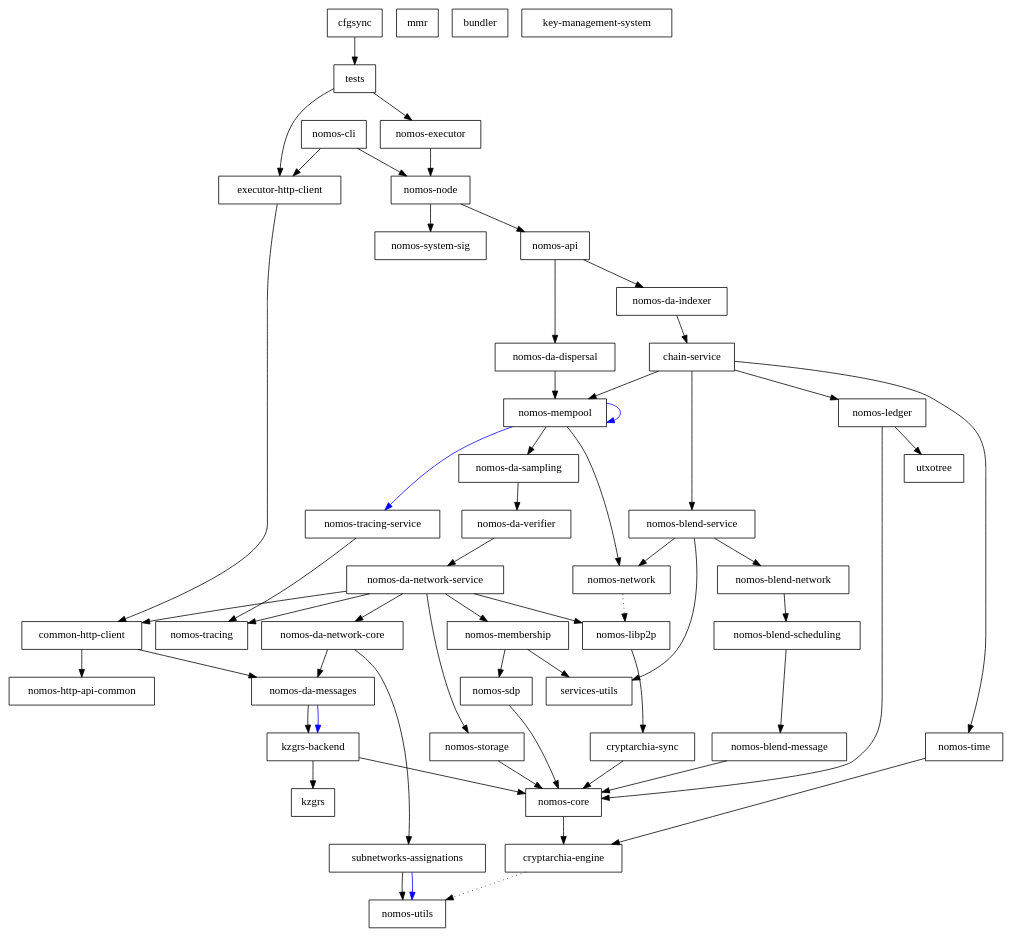
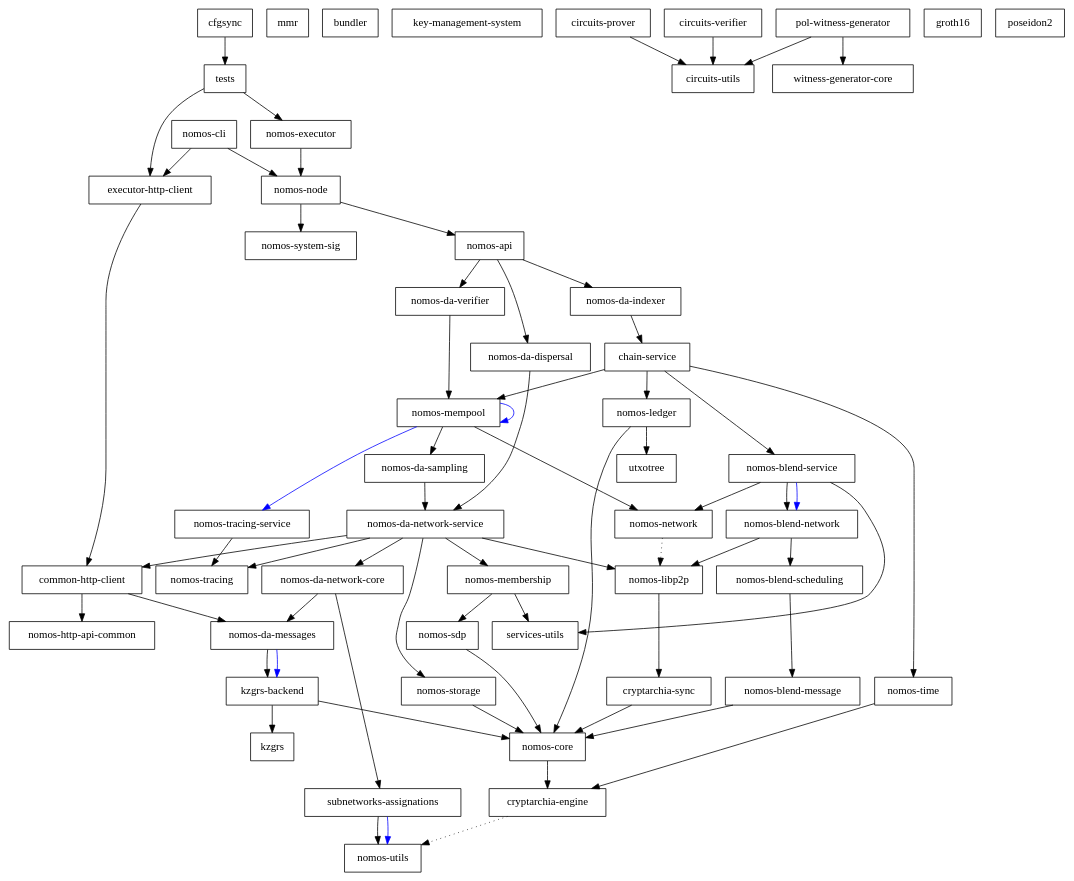
Before and after one commit to logos-co/nomos: the diagram in dependencies_graph.dot, drawn with Graphviz. The commit also changed 2 other files, not shown here.

```diff
--- a/dependencies_graph.dot
+++ b/dependencies_graph.dot
@@ -1,104 +1,118 @@
 digraph {
     0 [ label = "cryptarchia-engine" shape = box]
     1 [ label = "nomos-utils" shape = box]
     2 [ label = "cryptarchia-sync" shape = box]
     3 [ label = "nomos-core" shape = box]
     4 [ label = "nomos-ledger" shape = box]
     5 [ label = "utxotree" shape = box]
     6 [ label = "mmr" shape = box]
     7 [ label = "nomos-http-api-common" shape = box]
     8 [ label = "nomos-executor" shape = box]
     9 [ label = "kzgrs-backend" shape = box]
     10 [ label = "kzgrs" shape = box]
     11 [ label = "nomos-api" shape = box]
     12 [ label = "chain-service" shape = box]
     13 [ label = "nomos-blend-service" shape = box]
     14 [ label = "nomos-blend-message" shape = box]
     15 [ label = "nomos-blend-network" shape = box]
     16 [ label = "nomos-blend-scheduling" shape = box]
     17 [ label = "nomos-libp2p" shape = box]
     18 [ label = "nomos-network" shape = box]
     19 [ label = "services-utils" shape = box]
     20 [ label = "nomos-da-sampling" shape = box]
     21 [ label = "nomos-da-network-core" shape = box]
     22 [ label = "nomos-da-messages" shape = box]
     23 [ label = "subnetworks-assignations" shape = box]
     24 [ label = "nomos-da-network-service" shape = box]
     25 [ label = "common-http-client" shape = box]
     26 [ label = "nomos-membership" shape = box]
     27 [ label = "nomos-sdp" shape = box]
     28 [ label = "nomos-storage" shape = box]
     29 [ label = "nomos-tracing" shape = box]
-    30 [ label = "nomos-da-verifier" shape = box]
-    31 [ label = "nomos-mempool" shape = box]
-    32 [ label = "nomos-tracing-service" shape = box]
-    33 [ label = "nomos-time" shape = box]
-    34 [ label = "nomos-da-dispersal" shape = box]
-    35 [ label = "nomos-da-indexer" shape = box]
+    30 [ label = "nomos-mempool" shape = box]
+    31 [ label = "nomos-tracing-service" shape = box]
+    32 [ label = "nomos-time" shape = box]
+    33 [ label = "nomos-da-dispersal" shape = box]
+    34 [ label = "nomos-da-indexer" shape = box]
+    35 [ label = "nomos-da-verifier" shape = box]
     36 [ label = "nomos-node" shape = box]
     37 [ label = "nomos-system-sig" shape = box]
     38 [ label = "executor-http-client" shape = box]
     39 [ label = "bundler" shape = box]
     40 [ label = "nomos-cli" shape = box]
     41 [ label = "key-management-system" shape = box]
     42 [ label = "cfgsync" shape = box]
     43 [ label = "tests" shape = box]
+    44 [ label = "circuits-prover" shape = box]
+    45 [ label = "circuits-utils" shape = box]
+    46 [ label = "circuits-verifier" shape = box]
+    47 [ label = "witness-generator-core" shape = box]
+    48 [ label = "pol-witness-generator" shape = box]
+    49 [ label = "groth16" shape = box]
+    50 [ label = "poseidon2" shape = box]
     0 -> 1 [ style = dotted]
     2 -> 3 [ ]
     3 -> 0 [ ]
     4 -> 3 [ ]
     4 -> 5 [ ]
     8 -> 36 [ ]
     9 -> 10 [ ]
     9 -> 3 [ ]
+    11 -> 33 [ ]
     11 -> 34 [ ]
     11 -> 35 [ ]
     12 -> 13 [ ]
     12 -> 4 [ ]
-    12 -> 31 [ ]
-    12 -> 33 [ ]
+    12 -> 30 [ ]
+    12 -> 32 [ ]
     13 -> 15 [ ]
+    13 -> 15 [ color = blue]
     13 -> 18 [ ]
     13 -> 19 [ ]
     14 -> 3 [ ]
     15 -> 16 [ ]
+    15 -> 17 [ ]
     16 -> 14 [ ]
     17 -> 2 [ ]
     18 -> 17 [ style = dotted]
-    20 -> 30 [ ]
+    20 -> 24 [ ]
     21 -> 22 [ ]
     21 -> 23 [ ]
     22 -> 9 [ ]
     22 -> 9 [ color = blue]
     23 -> 1 [ ]
     23 -> 1 [ color = blue]
     24 -> 25 [ ]
     24 -> 21 [ ]
     24 -> 17 [ ]
     24 -> 26 [ ]
     24 -> 28 [ ]
     24 -> 29 [ ]
     25 -> 22 [ ]
     25 -> 7 [ ]
     26 -> 27 [ ]
     26 -> 19 [ ]
     27 -> 3 [ ]
     28 -> 3 [ ]
-    30 -> 24 [ ]
-    31 -> 20 [ ]
-    31 -> 31 [ color = blue]
-    31 -> 18 [ ]
-    31 -> 32 [ color = blue]
-    32 -> 29 [ ]
-    33 -> 0 [ ]
-    34 -> 31 [ ]
-    35 -> 12 [ ]
+    30 -> 20 [ ]
+    30 -> 30 [ color = blue]
+    30 -> 18 [ ]
+    30 -> 31 [ color = blue]
+    31 -> 29 [ ]
+    32 -> 0 [ ]
+    33 -> 24 [ ]
+    34 -> 12 [ ]
+    35 -> 30 [ ]
     36 -> 11 [ ]
     36 -> 37 [ ]
     38 -> 25 [ ]
     40 -> 38 [ ]
     40 -> 36 [ ]
     42 -> 43 [ ]
     43 -> 38 [ ]
     43 -> 8 [ ]
+    44 -> 45 [ ]
+    46 -> 45 [ ]
+    48 -> 45 [ ]
+    48 -> 47 [ ]
 }
```
